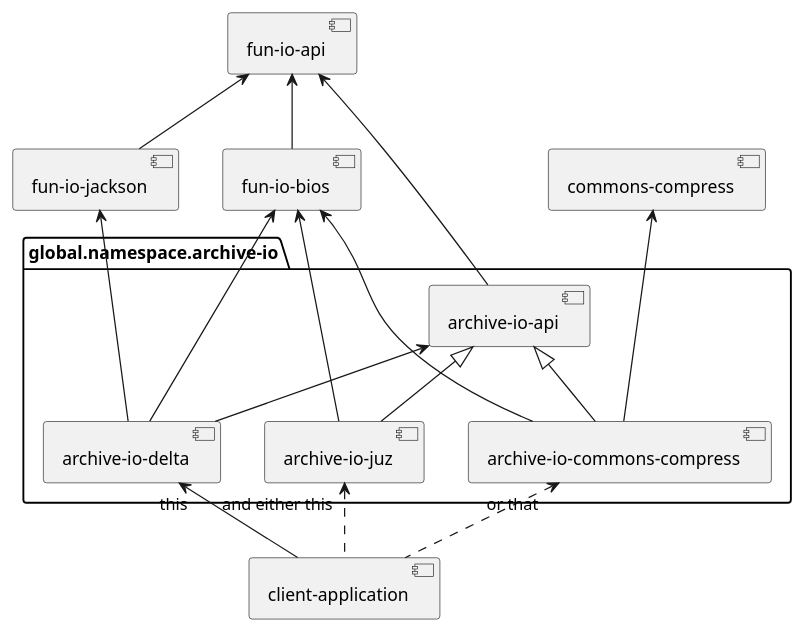
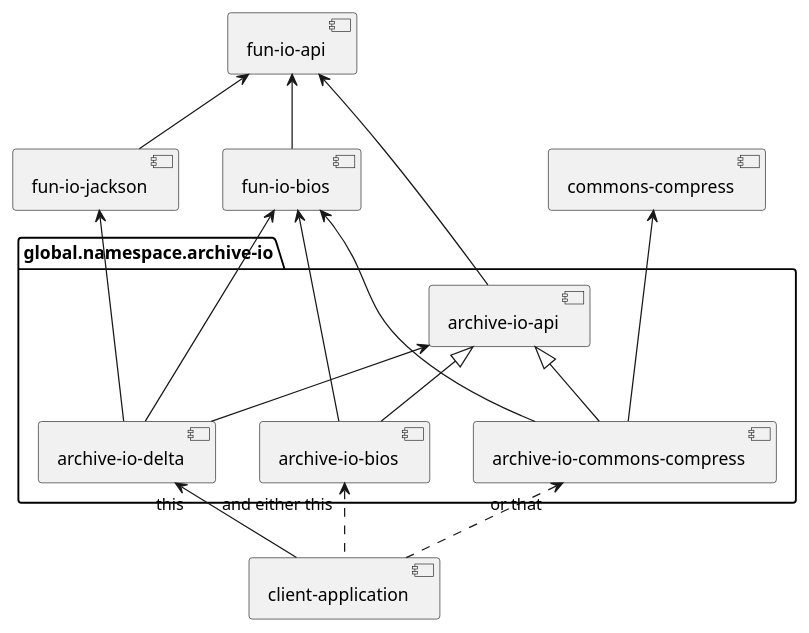
The diagram in module-structure.puml (christian-schlichtherle/archive-diff), drawn with PlantUML before and after one commit. The commit also changed 17 other files, not shown here.

Commit message:
Renames `archive-io-juz` to `archive-io-bios`.

```diff
--- a/module-structure.puml
+++ b/module-structure.puml
@@ -1,23 +1,23 @@
 @startuml
 
 folder global.namespace.archive-io {
     [archive-io-api] <|-- [archive-io-commons-compress]
     [archive-io-api] <-- [archive-io-delta]
-    [archive-io-api] <|-- [archive-io-juz]
-    [archive-io-juz] -[hidden] [archive-io-commons-compress]
+    [archive-io-api] <|-- [archive-io-bios]
+    [archive-io-bios] -[hidden] [archive-io-commons-compress]
 }
 
 [commons-compress] <--- [archive-io-commons-compress]
 [fun-io-jackson] <--- [archive-io-delta]
 [fun-io-api] <-- [archive-io-api]
 [fun-io-api] <-- [fun-io-bios]
 [fun-io-api] <-- [fun-io-jackson]
 [fun-io-bios] <--- [archive-io-commons-compress]
 [fun-io-bios] <--- [archive-io-delta]
-[fun-io-bios] <--- [archive-io-juz]
+[fun-io-bios] <--- [archive-io-bios]
 
 [archive-io-delta] "this" <-- [client-application]
-[archive-io-juz] "and either this" <.. [client-application]
+[archive-io-bios] "and either this" <.. [client-application]
 [archive-io-commons-compress] "or that" <.. [client-application]
 
 @enduml
```
